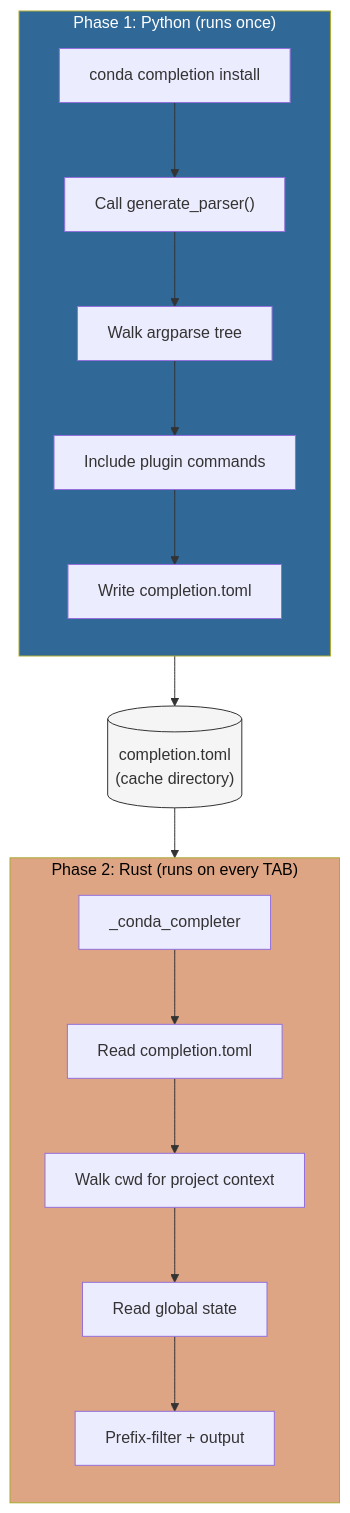
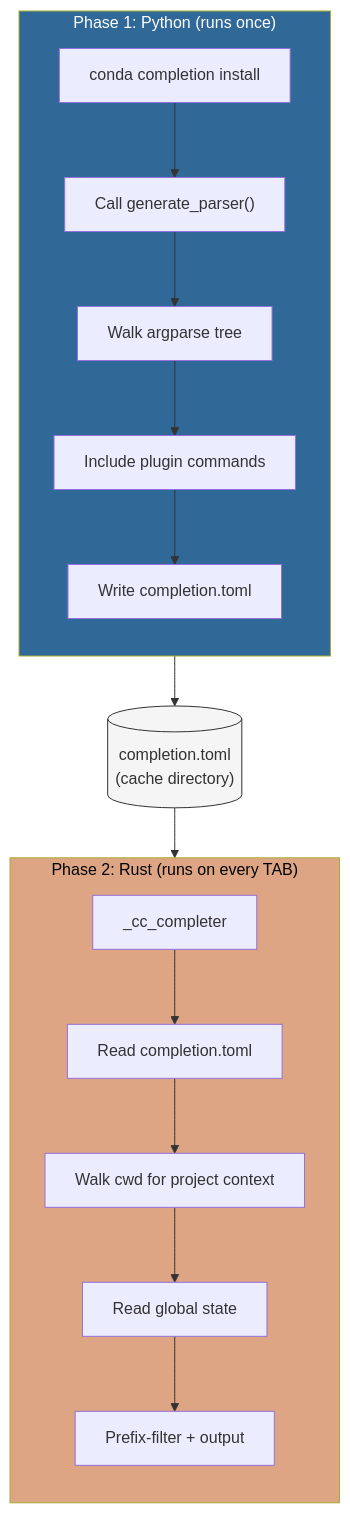
Before and after one commit to conda-incubator/conda-completion: the diagram in docs/explanation/architecture.md, drawn with Mermaid. The commit also changed other lines of this file and 6 other files, not shown here.

````diff
--- a/docs/explanation/architecture.md
+++ b/docs/explanation/architecture.md
@@ -9,26 +9,26 @@
 ```{mermaid}
 flowchart TD
     subgraph python ["Phase 1: Python (runs once)"]
         direction TB
         A["conda completion install"] --> B["Call generate_parser()"]
         B --> C["Walk argparse tree"]
         C --> D["Include plugin commands"]
         D --> E["Write completion.toml"]
     end
 
     E --> F[("completion.toml\n(cache directory)")]
 
     subgraph rust ["Phase 2: Rust (runs on every TAB)"]
         direction TB
-        G["_conda_completer"] --> H["Read completion.toml"]
+        G["_cc_completer"] --> H["Read completion.toml"]
         H --> I["Walk cwd for project context"]
         I --> J["Read global state"]
         J --> K["Prefix-filter + output"]
     end
 
     F --> G
 
     style python fill:#306998,color:#fff
     style rust fill:#dea584,color:#000
     style F fill:#f5f5f5,stroke:#333
 ```
````
